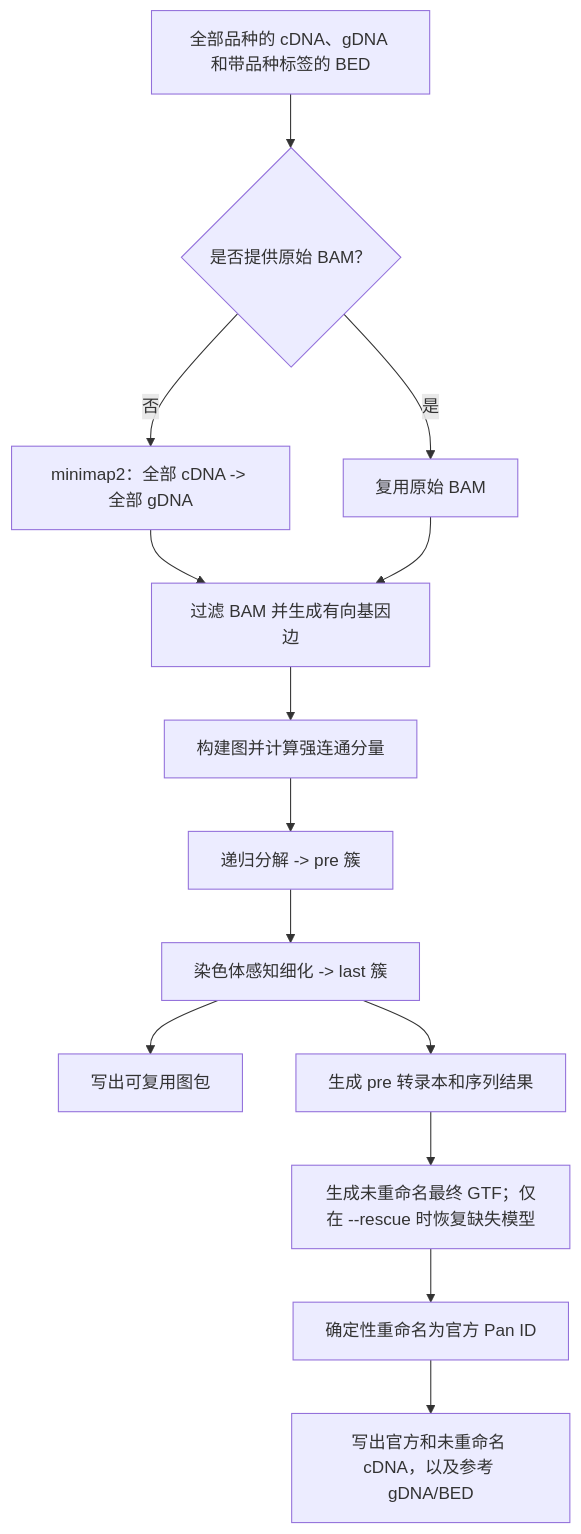
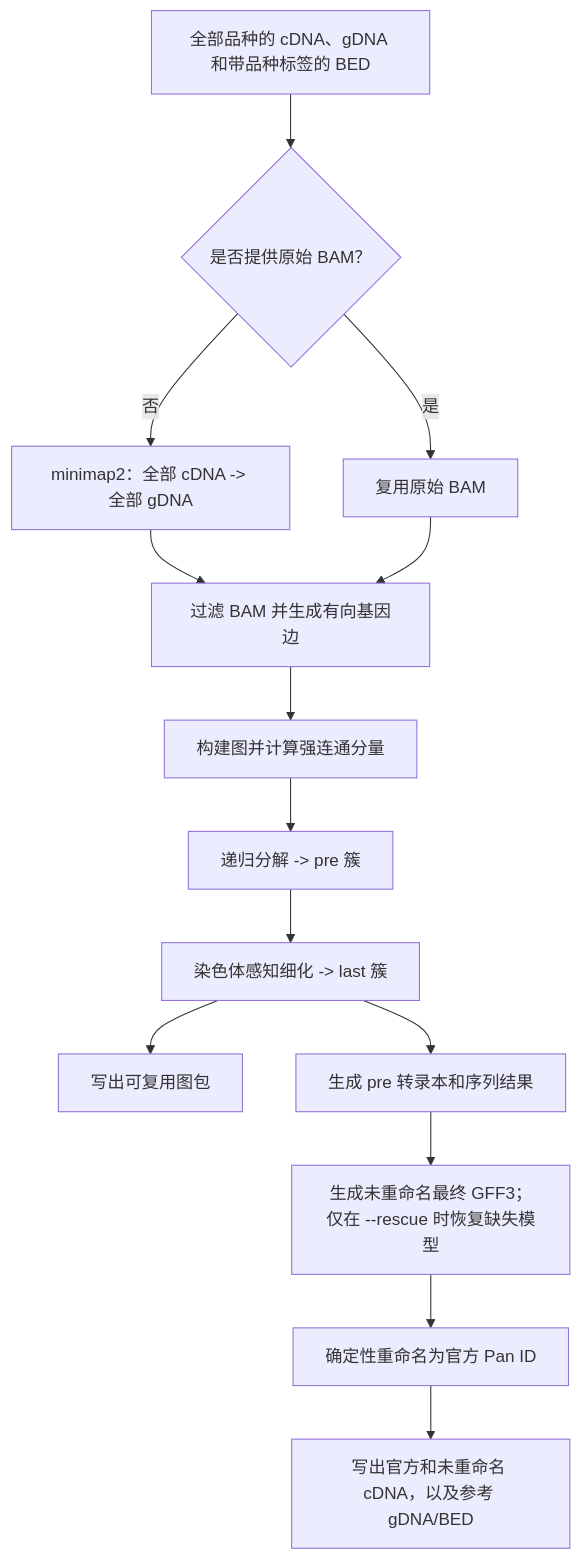
Before and after one commit to changQing111/PanTrans: the first of 2 diagrams in BUILDING_PROCESS.zh-CN.md, drawn with Mermaid. The commit also changed other lines of this file and 26 other files, not shown here.

````diff
--- a/BUILDING_PROCESS.zh-CN.md
+++ b/BUILDING_PROCESS.zh-CN.md
@@ -62,16 +62,16 @@
 ```mermaid
 flowchart TD
     A["全部品种的 cDNA、gDNA 和带品种标签的 BED"] --> B{"是否提供原始 BAM？"}
     B -->|"否"| C["minimap2：全部 cDNA -> 全部 gDNA"]
     B -->|"是"| D["复用原始 BAM"]
     C --> E["过滤 BAM 并生成有向基因边"]
     D --> E
     E --> F["构建图并计算强连通分量"]
     F --> G["递归分解 -> pre 簇"]
     G --> H["染色体感知细化 -> last 簇"]
     H --> I["写出可复用图包"]
     H --> J["生成 pre 转录本和序列结果"]
-    J --> K["生成未重命名最终 GTF；仅在 --rescue 时恢复缺失模型"]
+    J --> K["生成未重命名最终 GFF3；仅在 --rescue 时恢复缺失模型"]
     K --> L["确定性重命名为官方 Pan ID"]
     L --> M["写出官方和未重命名 cDNA，以及参考 gDNA/BED"]
 ```
````
